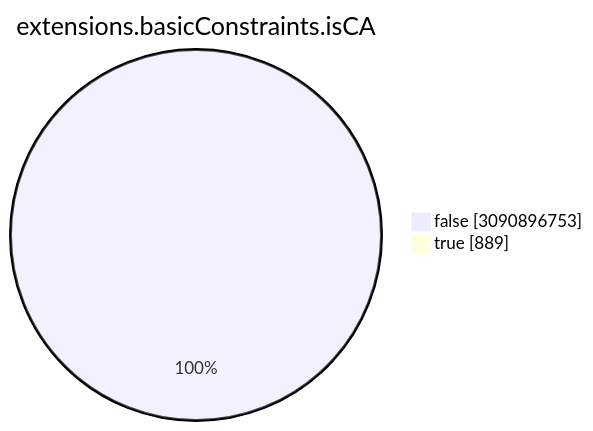
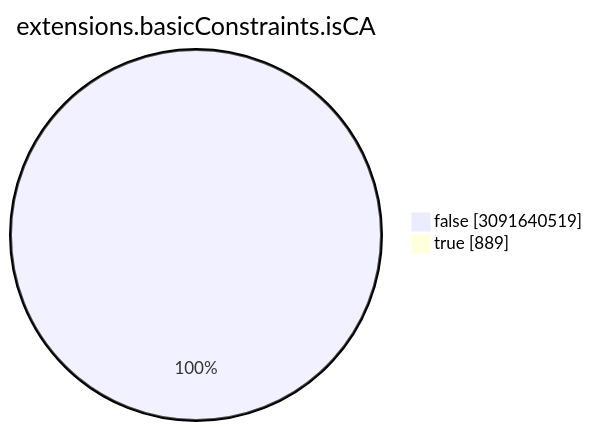
One commit to christiankrug/ctmonitor_visualization changed the seventh of 15 diagrams in TOTAL/README.md. Above: the diagram before and after it, drawn with Mermaid. The commit also changed other lines of this file, not shown here.

````diff
--- a/TOTAL/README.md
+++ b/TOTAL/README.md
@@ -3086,6 +3086,6 @@
 ```mermaid
 pie showData
 title extensions.basicConstraints.isCA
-"false" :3090896753
+"false" :3091640519
 "true" :889
 ```
````
